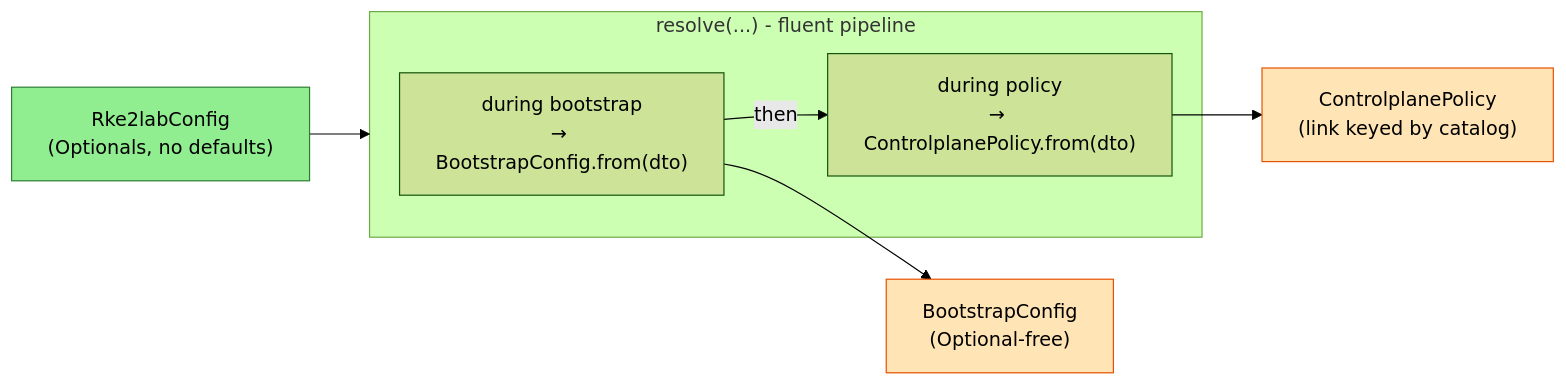
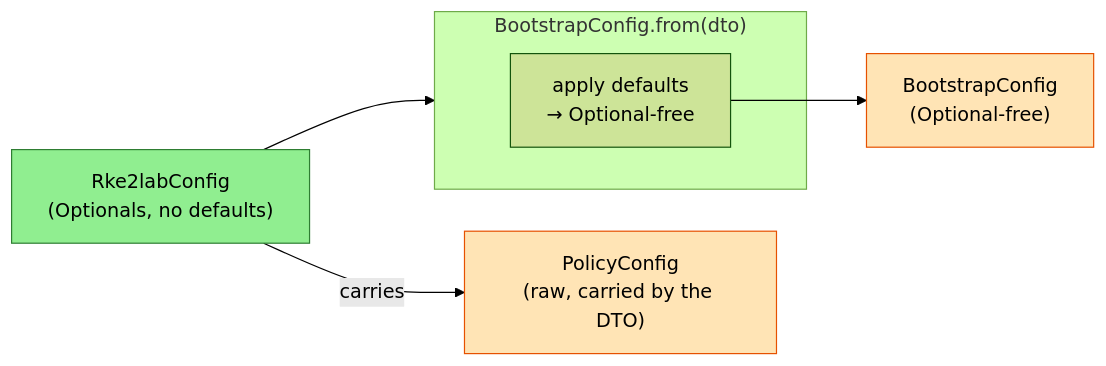
One commit to nxmatic/rke2lab changed the sixth of 8 diagrams in docs/architecture/config/config-restructuring-spec.adoc. Above: the diagram before and after it, drawn with Mermaid (forest theme). The commit also changed other lines of this file and 18 other files, not shown here.

```diff
--- a/docs/architecture/config/config-restructuring-spec.adoc
+++ b/docs/architecture/config/config-restructuring-spec.adoc
@@ -364,20 +366,18 @@
 [mermaid]
 ----
 graph LR
     DTO["Rke2labConfig<br/>(Optionals, no defaults)"]
-    subgraph resolve["resolve(...) - fluent pipeline"]
-        S1["during bootstrap<br/>→ BootstrapConfig.from(dto)"]
-        S2["during policy<br/>→ ControlplanePolicy.from(dto)"]
-        S1 -->|"then"| S2
+    subgraph derive["BootstrapConfig.from(dto)"]
+        S1["apply defaults<br/>→ Optional-free"]
     end
     BOOT["BootstrapConfig<br/>(Optional-free)"]
-    POL["ControlplanePolicy<br/>(link keyed by catalog)"]
+    POL["PolicyConfig<br/>(raw, carried by the DTO)"]
 
-    DTO --> resolve
+    DTO --> derive
     S1 --> BOOT
-    S2 --> POL
+    DTO -->|"carries"| POL
 
     style DTO fill:#90EE90,stroke:#2e7d32
     style BOOT fill:#FFE4B5,stroke:#e65100
     style POL fill:#FFE4B5,stroke:#e65100
 ----
```
